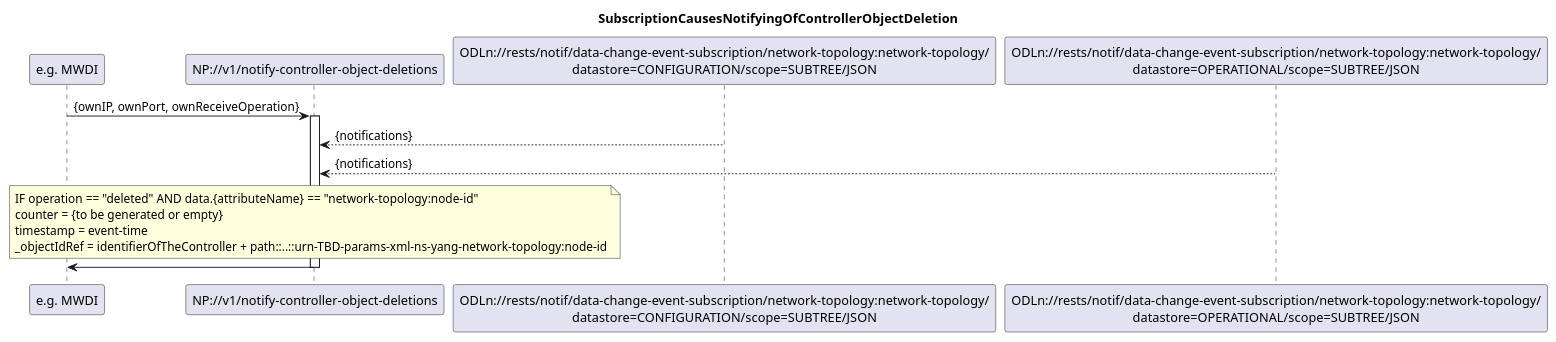
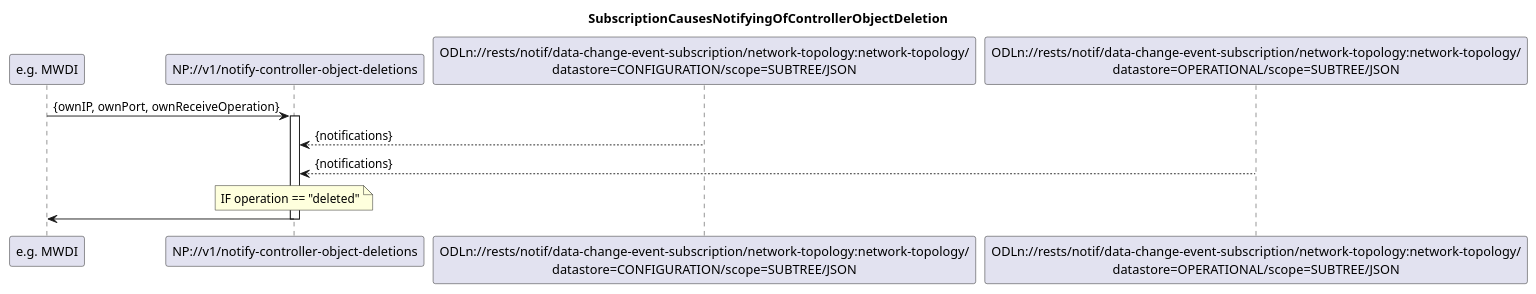
The diagram in spec/diagrams/is013_NotifyingOfControllerObjectDeletion.plantuml (openBackhaul/NotificationProxy), drawn with PlantUML before and after one commit. The commit also changed 18 other files, not shown here.

Commit message:
Update diagrams

```diff
--- a/spec/diagrams/is013_NotifyingOfControllerObjectDeletion.plantuml
+++ b/spec/diagrams/is013_NotifyingOfControllerObjectDeletion.plantuml
@@ -1,28 +1,25 @@
 @startuml is013_NotifyingOfControllerObjectDeletion
 skinparam responseMessageBelowArrow true
 
 title SubscriptionCausesNotifyingOfControllerObjectDeletion
 
 participant "e.g. MWDI" as Subscriber
 participant "NP://v1/notify-controller-object-deletions" as NP_notifyDeletedObjects
 participant "ODLn://rests/notif/data-change-event-subscription/network-topology:network-topology/\ndatastore=CONFIGURATION/scope=SUBTREE/JSON" as Configuration
 participant "ODLn://rests/notif/data-change-event-subscription/network-topology:network-topology/\ndatastore=OPERATIONAL/scope=SUBTREE/JSON" as Operational
 
 Subscriber -> NP_notifyDeletedObjects: {ownIP, ownPort, ownReceiveOperation}
 activate NP_notifyDeletedObjects
 
 Configuration --> NP_notifyDeletedObjects: {notifications}
 Operational --> NP_notifyDeletedObjects: {notifications}
 
 note over NP_notifyDeletedObjects
-IF operation == "deleted" AND data.{attributeName} == "network-topology:node-id"
-counter = {to be generated or empty}
-timestamp = event-time
-_objectIdRef = identifierOfTheController + path::..::urn-TBD-params-xml-ns-yang-network-topology:node-id
+IF operation == "deleted"
 end note
 
 Subscriber <- NP_notifyDeletedObjects
 
 deactivate NP_notifyDeletedObjects
 
 @enduml
```
